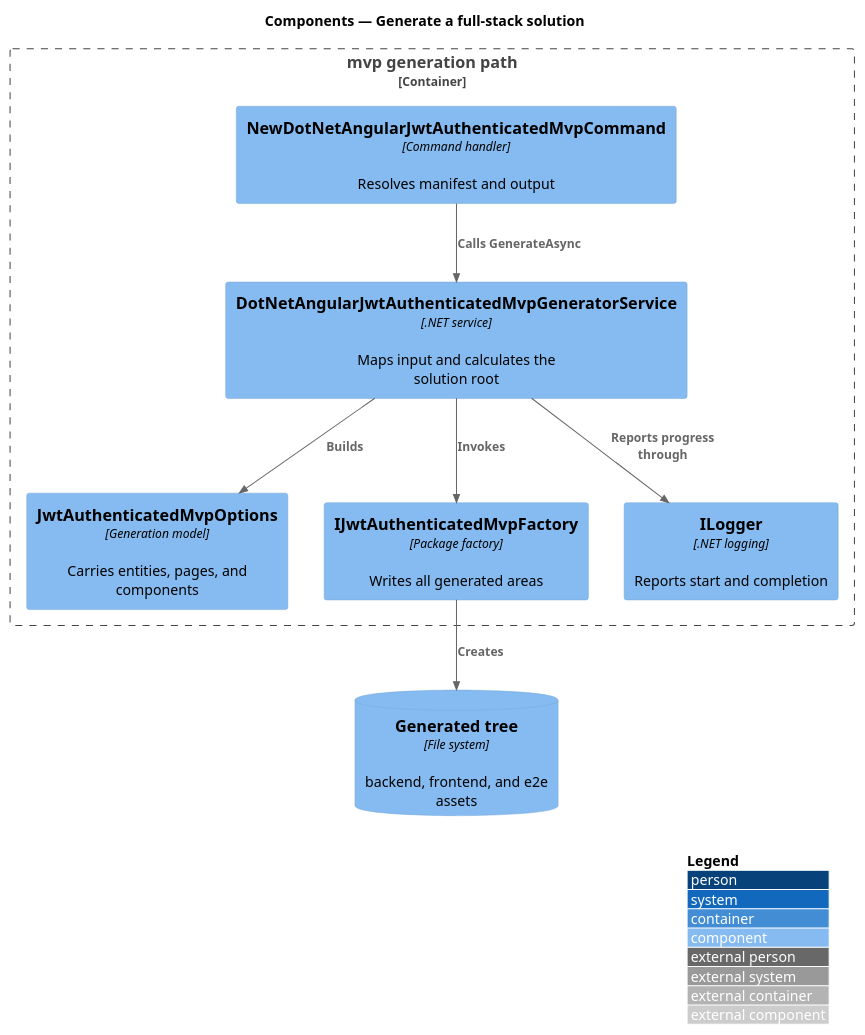
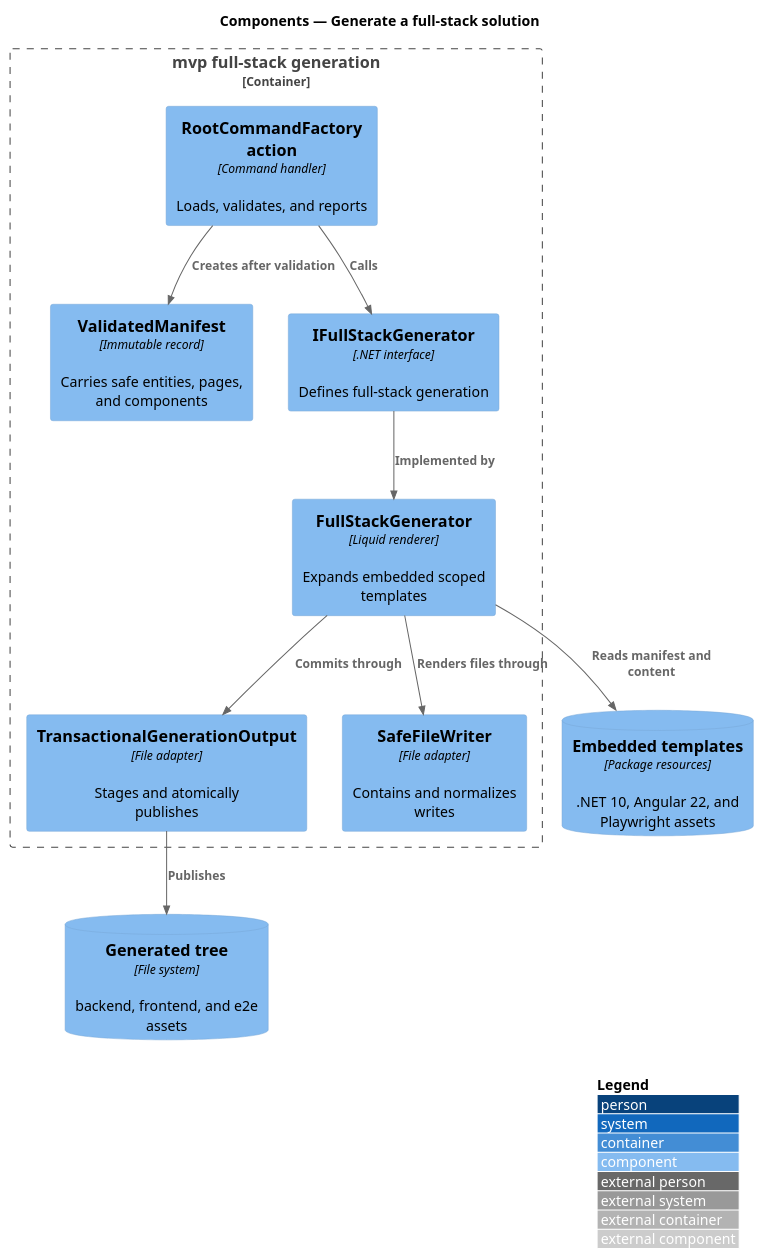
One commit to QuinntyneBrown/mvp changed the diagram in docs/detailed-designs/scaffolding/generate-a-full-stack-solution/diagrams/c4-component.puml. Above: the diagram before and after it, drawn with PlantUML. The commit also changed 63 other files, not shown here.

First line of the commit message:
docs: update requirements, designs, README, and skill for the new architecture

```diff
--- a/docs/detailed-designs/scaffolding/generate-a-full-stack-solution/diagrams/c4-component.puml
+++ b/docs/detailed-designs/scaffolding/generate-a-full-stack-solution/diagrams/c4-component.puml
@@ -1,20 +1,24 @@
 @startuml
 !include <C4/C4_Component>
 LAYOUT_WITH_LEGEND()
 title Components — Generate a full-stack solution
 
-Container_Boundary(cli, "mvp generation path") {
-  Component(command, "NewDotNetAngularJwtAuthenticatedMvpCommand", "Command handler", "Resolves manifest and output")
-  Component(service, "DotNetAngularJwtAuthenticatedMvpGeneratorService", ".NET service", "Maps input and calculates the solution root")
-  Component(options, "JwtAuthenticatedMvpOptions", "Generation model", "Carries entities, pages, and components")
-  Component(factory, "IJwtAuthenticatedMvpFactory", "Package factory", "Writes all generated areas")
-  Component(logger, "ILogger", ".NET logging", "Reports start and completion")
+Container_Boundary(cli, "mvp full-stack generation") {
+  Component(command, "RootCommandFactory action", "Command handler", "Loads, validates, and reports")
+  Component(model, "ValidatedManifest", "Immutable record", "Carries safe entities, pages, and components")
+  Component(contract, "IFullStackGenerator", ".NET interface", "Defines full-stack generation")
+  Component(renderer, "FullStackGenerator", "Liquid renderer", "Expands embedded scoped templates")
+  Component(output, "TransactionalGenerationOutput", "File adapter", "Stages and atomically publishes")
+  Component(writer, "SafeFileWriter", "File adapter", "Contains and normalizes writes")
 }
+ComponentDb(templates, "Embedded templates", "Package resources", ".NET 10, Angular 22, and Playwright assets")
 ComponentDb(tree, "Generated tree", "File system", "backend, frontend, and e2e assets")
 
-Rel(command, service, "Calls GenerateAsync")
-Rel(service, options, "Builds")
-Rel(service, factory, "Invokes")
-Rel(service, logger, "Reports progress through")
-Rel(factory, tree, "Creates")
+Rel(command, model, "Creates after validation")
+Rel(command, contract, "Calls")
+Rel(contract, renderer, "Implemented by")
+Rel(renderer, templates, "Reads manifest and content")
+Rel(renderer, output, "Commits through")
+Rel(renderer, writer, "Renders files through")
+Rel(output, tree, "Publishes")
 @enduml
```
